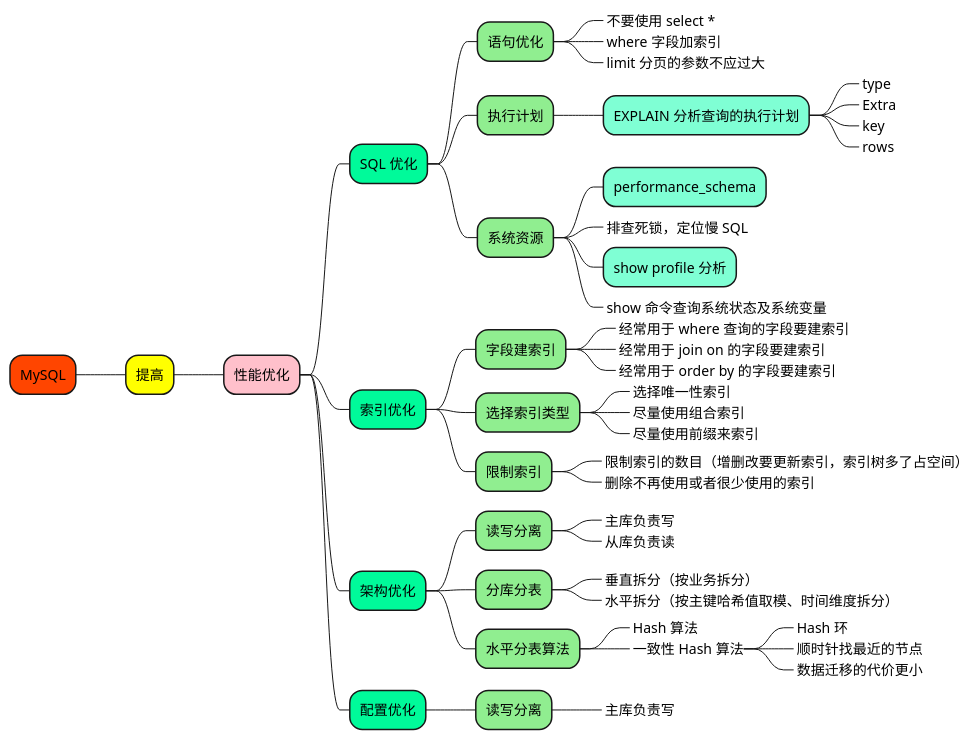
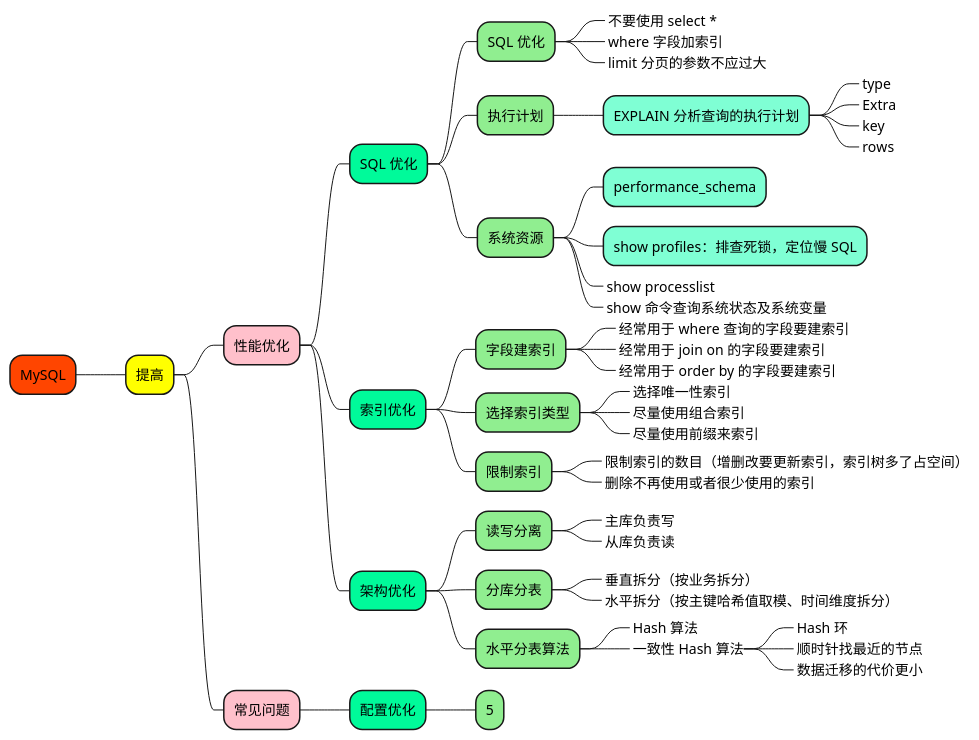
The diagram in 1_map/4-database/MySQL-提高.puml (doveg/self-cultivation-of-a-software-engineer), drawn with PlantUML before and after one commit. The commit also changed 15 other files, not shown here.

```diff
--- a/1_map/4-database/MySQL-提高.puml
+++ b/1_map/4-database/MySQL-提高.puml
@@ -1,72 +1,73 @@
 @startmindmap
 
 +[#OrangeRed] MySQL
 
 ++[#yellow] 提高
 
 +++[#Pink] 性能优化
 
 ++++[#MediumSpringGreen] SQL 优化
-+++++[#LightGreen] 语句优化
++++++[#LightGreen] SQL 优化
 ++++++[#LightBlue]_ 不要使用 select *
 ++++++[#LightBlue]_ where 字段加索引
 ++++++[#LightBlue]_ limit 分页的参数不应过大
 
 +++++[#LightGreen] 执行计划
 ++++++[#Aquamarine] EXPLAIN 分析查询的执行计划
 +++++++[#Aquamarine]_ type
 +++++++[#Aquamarine]_ Extra
 +++++++[#Aquamarine]_ key
 +++++++[#Aquamarine]_ rows
 
 +++++[#LightGreen] 系统资源
 ++++++[#Aquamarine] performance_schema
-++++++[#Aquamarine]_ 排查死锁，定位慢 SQL
-++++++[#Aquamarine] show profile 分析
+++++++[#Aquamarine] show profiles：排查死锁，定位慢 SQL
+++++++[#Aquamarine]_ show processlist
 ++++++[#Aquamarine]_ show 命令查询系统状态及系统变量
 
 
 ++++[#MediumSpringGreen] 索引优化
 
 +++++[#LightGreen] 字段建索引
 ++++++[#Aquamarine]_ 经常用于 where 查询的字段要建索引
 ++++++[#Aquamarine]_ 经常用于 join on 的字段要建索引
 ++++++[#Aquamarine]_ 经常用于 order by 的字段要建索引
 
 +++++[#LightGreen] 选择索引类型
 ++++++[#Aquamarine]_ 选择唯一性索引
 ++++++[#Aquamarine]_ 尽量使用组合索引
 ++++++[#Aquamarine]_ 尽量使用前缀来索引
 
 +++++[#LightGreen] 限制索引
 ++++++[#Aquamarine]_ 限制索引的数目（增删改要更新索引，索引树多了占空间）
 ++++++[#Aquamarine]_ 删除不再使用或者很少使用的索引
 
 
 ++++[#MediumSpringGreen] 架构优化
 
 +++++[#LightGreen] 读写分离
 ++++++[#Aquamarine]_ 主库负责写
 ++++++[#Aquamarine]_ 从库负责读
 
 +++++[#LightGreen] 分库分表
 ++++++[#Aquamarine]_ 垂直拆分（按业务拆分）
 ++++++[#Aquamarine]_ 水平拆分（按主键哈希值取模、时间维度拆分）
 
 +++++[#LightGreen] 水平分表算法
 ++++++[#Aquamarine]_ Hash 算法
 ++++++[#Aquamarine]_ 一致性 Hash 算法
 +++++++[#Aquamarine]_ Hash 环
 +++++++[#Aquamarine]_ 顺时针找最近的节点
 +++++++[#Aquamarine]_ 数据迁移的代价更小
 
 
++++[#Pink] 常见问题
+
 ++++[#MediumSpringGreen] 配置优化
 
-+++++[#LightGreen] 读写分离
-++++++[#Aquamarine]_ 主库负责写
++++++[#LightGreen] 5
 
 
 
 
 @endmindmap
```
